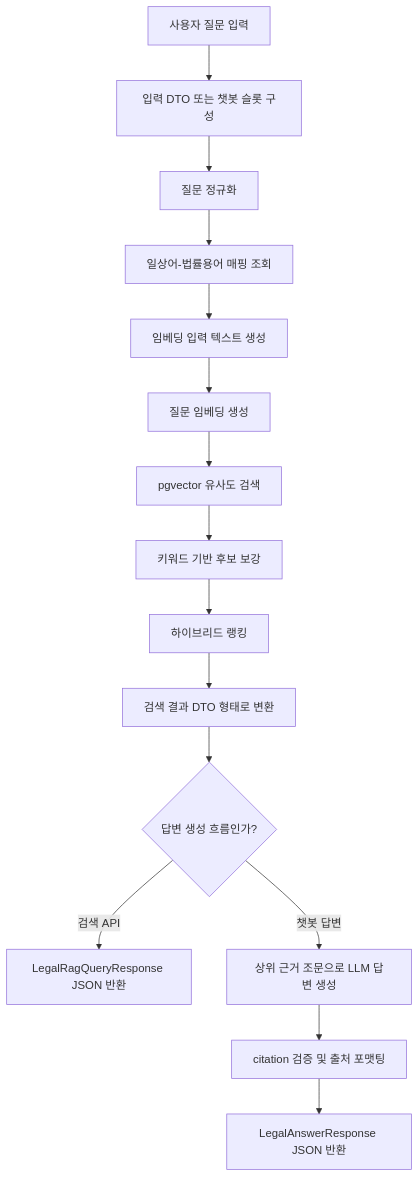
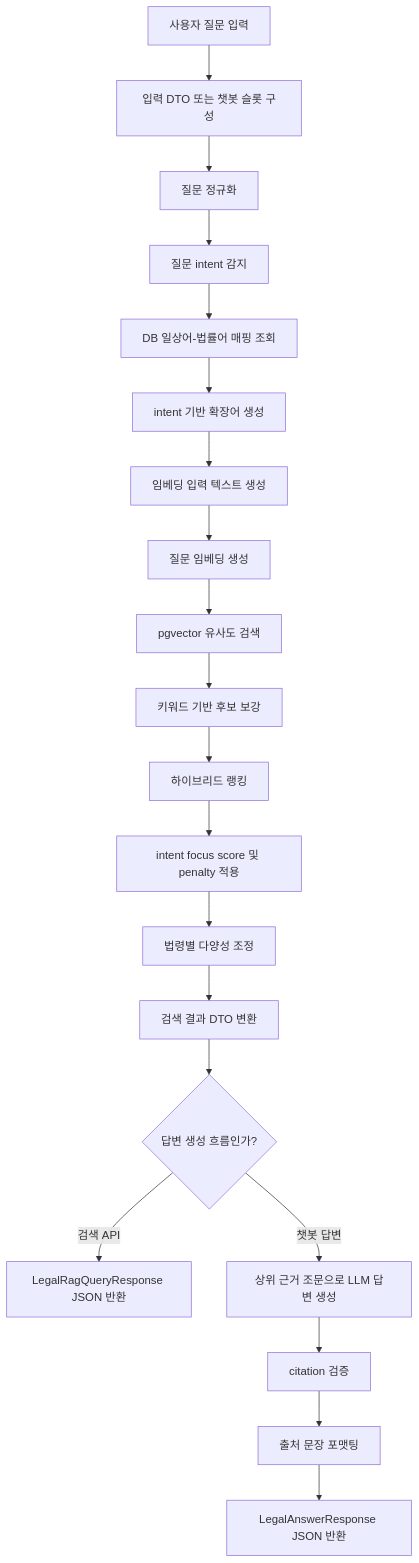
The diagram in data/legal_rag_answerflow.md (biz-kosa-team5/docs), drawn with Mermaid before and after one commit. The commit also changed other lines of this file, not shown here.

Commit message:
docs: 법령 RAG 답변 흐름 최신화

````diff
--- a/data/legal_rag_answerflow.md
+++ b/data/legal_rag_answerflow.md
@@ -35,17 +74,22 @@
 ```mermaid
 flowchart TD
   A["사용자 질문 입력"] --> B["입력 DTO 또는 챗봇 슬롯 구성"]
   B --> C["질문 정규화"]
-  C --> D["일상어-법률용어 매핑 조회"]
-  D --> E["임베딩 입력 텍스트 생성"]
-  E --> F["질문 임베딩 생성"]
-  F --> G["pgvector 유사도 검색"]
-  G --> H["키워드 기반 후보 보강"]
-  H --> I["하이브리드 랭킹"]
-  I --> J["검색 결과 DTO 형태로 변환"]
-  J --> K{"답변 생성 흐름인가?"}
-  K -- "검색 API" --> L["LegalRagQueryResponse JSON 반환"]
-  K -- "챗봇 답변" --> M["상위 근거 조문으로 LLM 답변 생성"]
-  M --> N["citation 검증 및 출처 포맷팅"]
-  N --> O["LegalAnswerResponse JSON 반환"]
+  C --> D["질문 intent 감지"]
+  D --> E["DB 일상어-법률어 매핑 조회"]
+  E --> F["intent 기반 확장어 생성"]
+  F --> G["임베딩 입력 텍스트 생성"]
+  G --> H["질문 임베딩 생성"]
+  H --> I["pgvector 유사도 검색"]
+  I --> J["키워드 기반 후보 보강"]
+  J --> K["하이브리드 랭킹"]
+  K --> L["intent focus score 및 penalty 적용"]
+  L --> M["법령별 다양성 조정"]
+  M --> N["검색 결과 DTO 변환"]
+  N --> O{"답변 생성 흐름인가?"}
+  O -- "검색 API" --> P["LegalRagQueryResponse JSON 반환"]
+  O -- "챗봇 답변" --> Q["상위 근거 조문으로 LLM 답변 생성"]
+  Q --> R["citation 검증"]
+  R --> S["출처 문장 포맷팅"]
+  S --> T["LegalAnswerResponse JSON 반환"]
 ```
````
